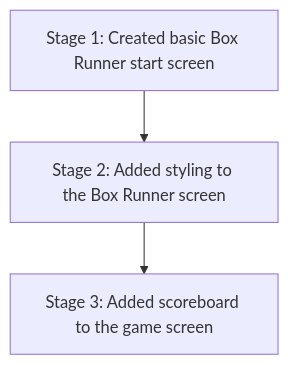
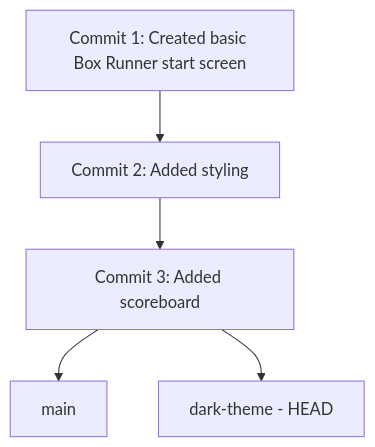
Before and after one commit to vedanta/box-runner: the diagram in docs/architecture.md, drawn with Mermaid. The commit also changed other lines of this file and 7 other files, not shown here.

````diff
--- a/docs/architecture.md
+++ b/docs/architecture.md
@@ -16,5 +16,7 @@
 ```mermaid
 flowchart TD
-  A[Stage 1: Created basic Box Runner start screen] --> B[Stage 2: Added styling to the Box Runner screen]
-  B --> C[Stage 3: Added scoreboard to the game screen]
+  A[Commit 1: Created basic Box Runner start screen] --> B[Commit 2: Added styling]
+  B --> C[Commit 3: Added scoreboard]
+  C --> M[main]
+  C --> D[dark-theme - HEAD]
 ```
````
